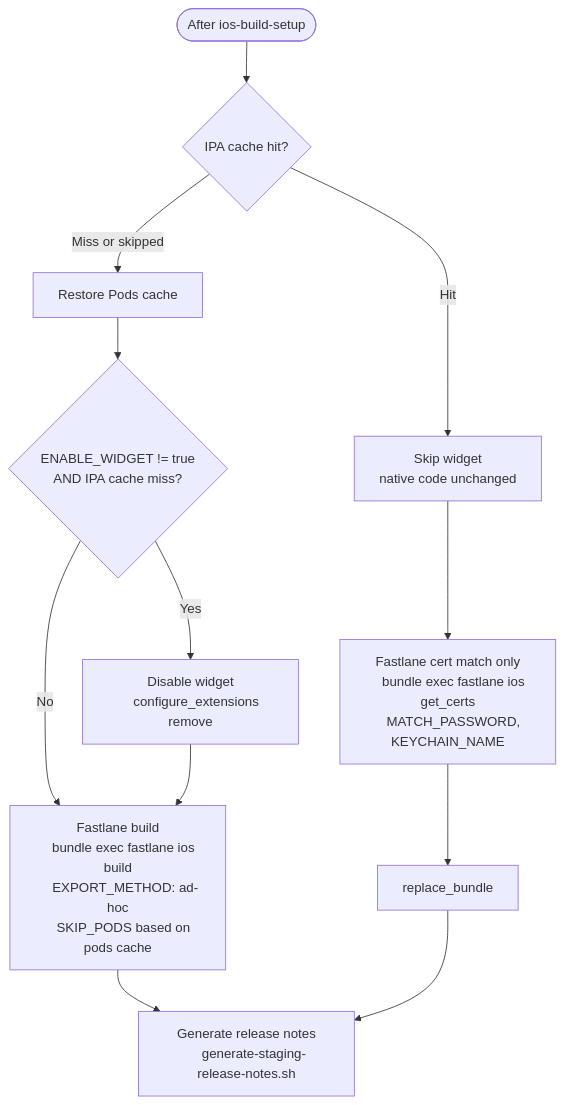
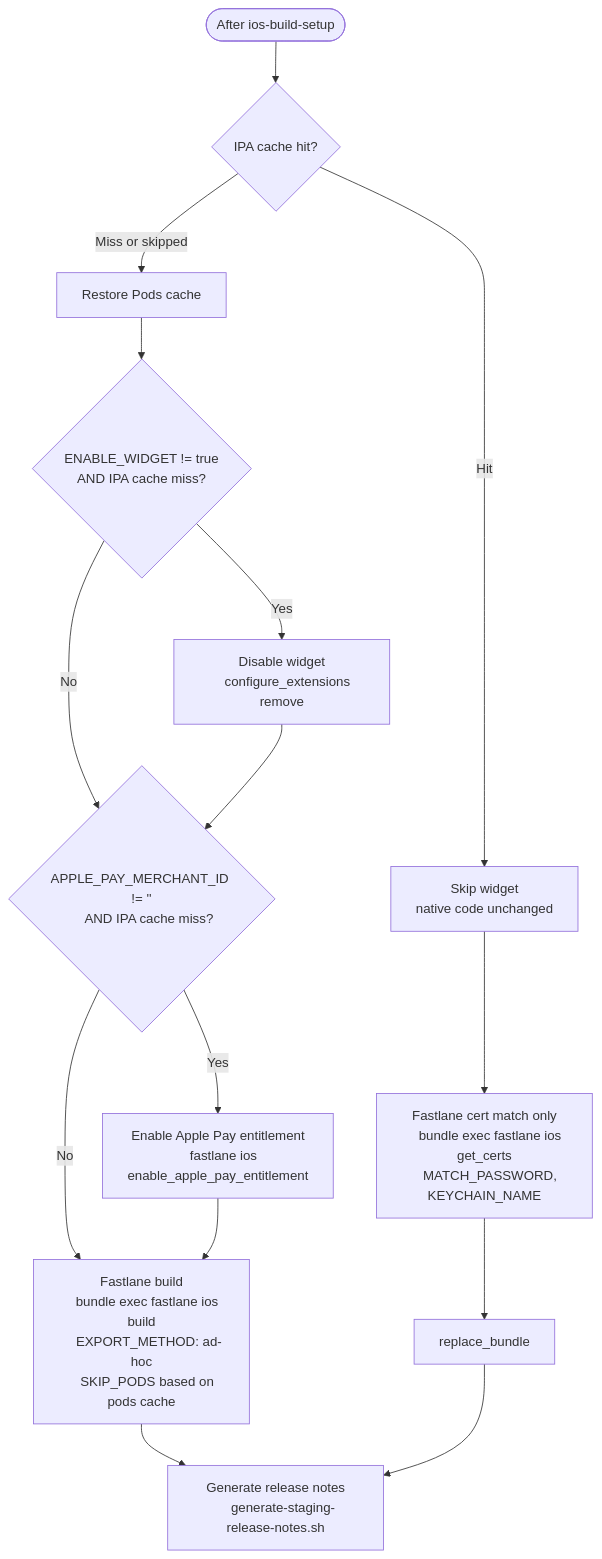
One commit to AtB-AS/mittatb-app changed the third of 7 diagrams in docs/ios-build-staging-graph.md. Above: the diagram before and after it, drawn with Mermaid. The commit also changed other lines of this file and 2 other files, not shown here.

Commit message:
docs: update build documents

````diff
--- a/docs/ios-build-staging-graph.md
+++ b/docs/ios-build-staging-graph.md
@@ -154,37 +154,44 @@
 ```mermaid
 flowchart TD
     setup_done(["After ios-build-setup"])
 
     setup_done --> pods_restore{"IPA cache hit?"}
 
     pods_restore -- "Miss or skipped" --> restore_pods["Restore Pods cache"]
     pods_restore -- "Hit" --> widget_skip
 
     restore_pods --> widget_check{"ENABLE_WIDGET != true
     AND IPA cache miss?"}
 
     widget_check -- Yes --> disable_widget["Disable widget
     configure_extensions remove"]
-    widget_check -- No --> fastlane_build
+    widget_check -- No --> apple_pay_check
 
-    disable_widget --> fastlane_build["Fastlane build
+    disable_widget --> apple_pay_check{"APPLE_PAY_MERCHANT_ID != ''
+    AND IPA cache miss?"}
+
+    apple_pay_check -- Yes --> enable_apple_pay["Enable Apple Pay entitlement
+    fastlane ios enable_apple_pay_entitlement"]
+    apple_pay_check -- No --> fastlane_build
+
+    enable_apple_pay --> fastlane_build["Fastlane build
     bundle exec fastlane ios build
     EXPORT_METHOD: ad-hoc
     SKIP_PODS based on pods cache"]
 
     fastlane_build --> release_notes
 
     widget_skip["Skip widget
     native code unchanged"] --> cert_match
 
     cert_match["Fastlane cert match only
     bundle exec fastlane ios get_certs
     MATCH_PASSWORD, KEYCHAIN_NAME"]
 
     cert_match --> replace_bundle
 
     replace_bundle --> release_notes
 
     release_notes["Generate release notes
     generate-staging-release-notes.sh"]
 ```
````
